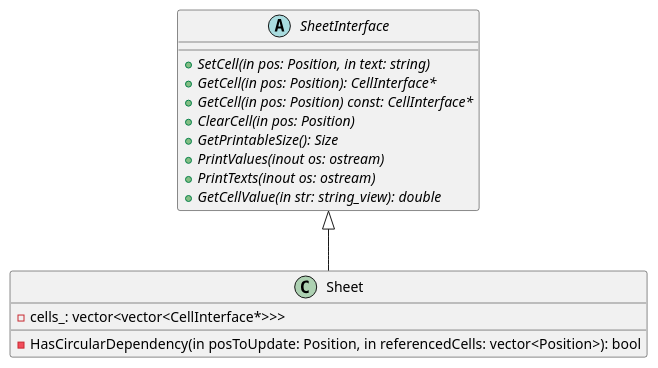
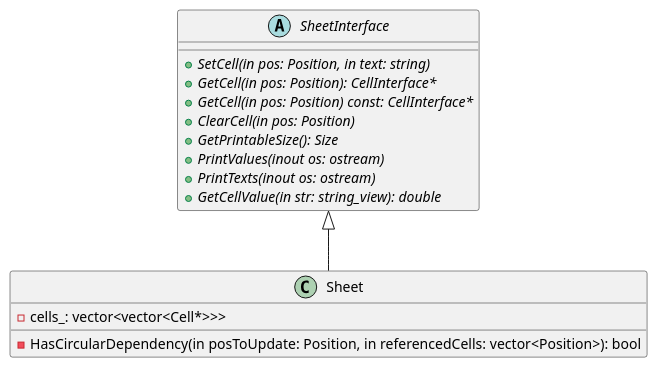
Before and after one commit to kazarynau/YandexPraktikumFinal: the diagram in uml/sheet.puml, drawn with PlantUML. The commit also changed 8 other files, not shown here.

```diff
--- a/uml/sheet.puml
+++ b/uml/sheet.puml
@@ -2,21 +2,21 @@
 @startuml
 
 abstract class SheetInterface {
     +{abstract} SetCell(in pos: Position, in text: string)
     +{abstract} GetCell(in pos: Position): CellInterface*
     +{abstract} GetCell(in pos: Position) const: CellInterface*
     +{abstract} ClearCell(in pos: Position)
     +{abstract} GetPrintableSize(): Size
     +{abstract} PrintValues(inout os: ostream)
     +{abstract} PrintTexts(inout os: ostream)
     +{abstract} GetCellValue(in str: string_view): double
 }
 
 class Sheet {
-    -cells_: vector<vector<CellInterface*>>>
+    -cells_: vector<vector<Cell*>>>
     -HasCircularDependency(in posToUpdate: Position, in referencedCells: vector<Position>): bool
 }
 
 class Sheet extends SheetInterface
 
 @enduml
```
